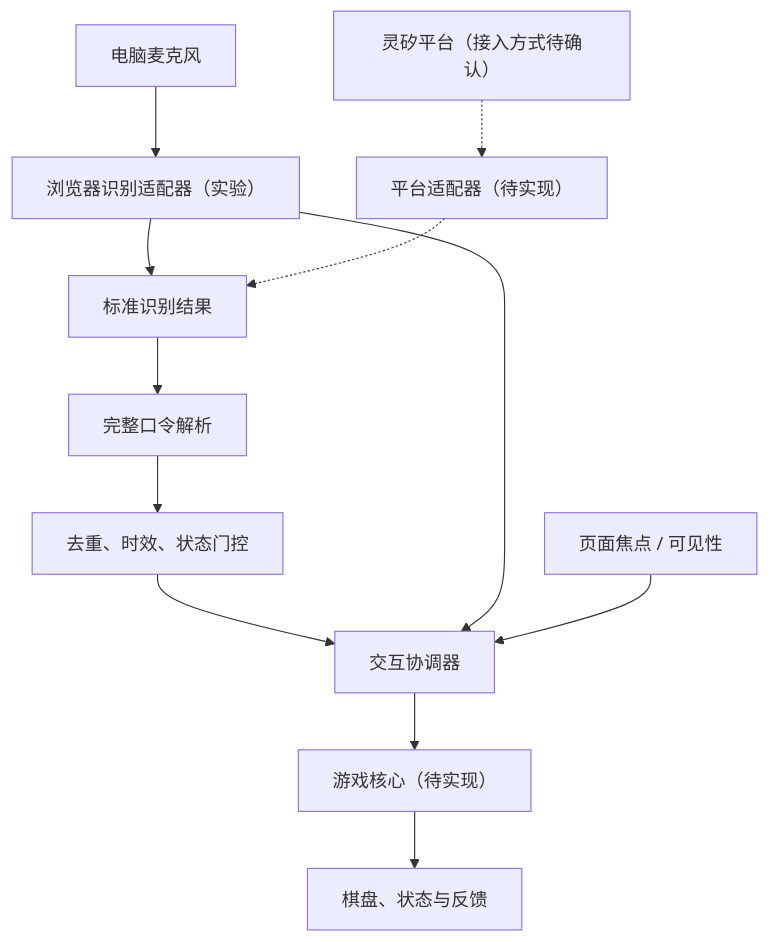
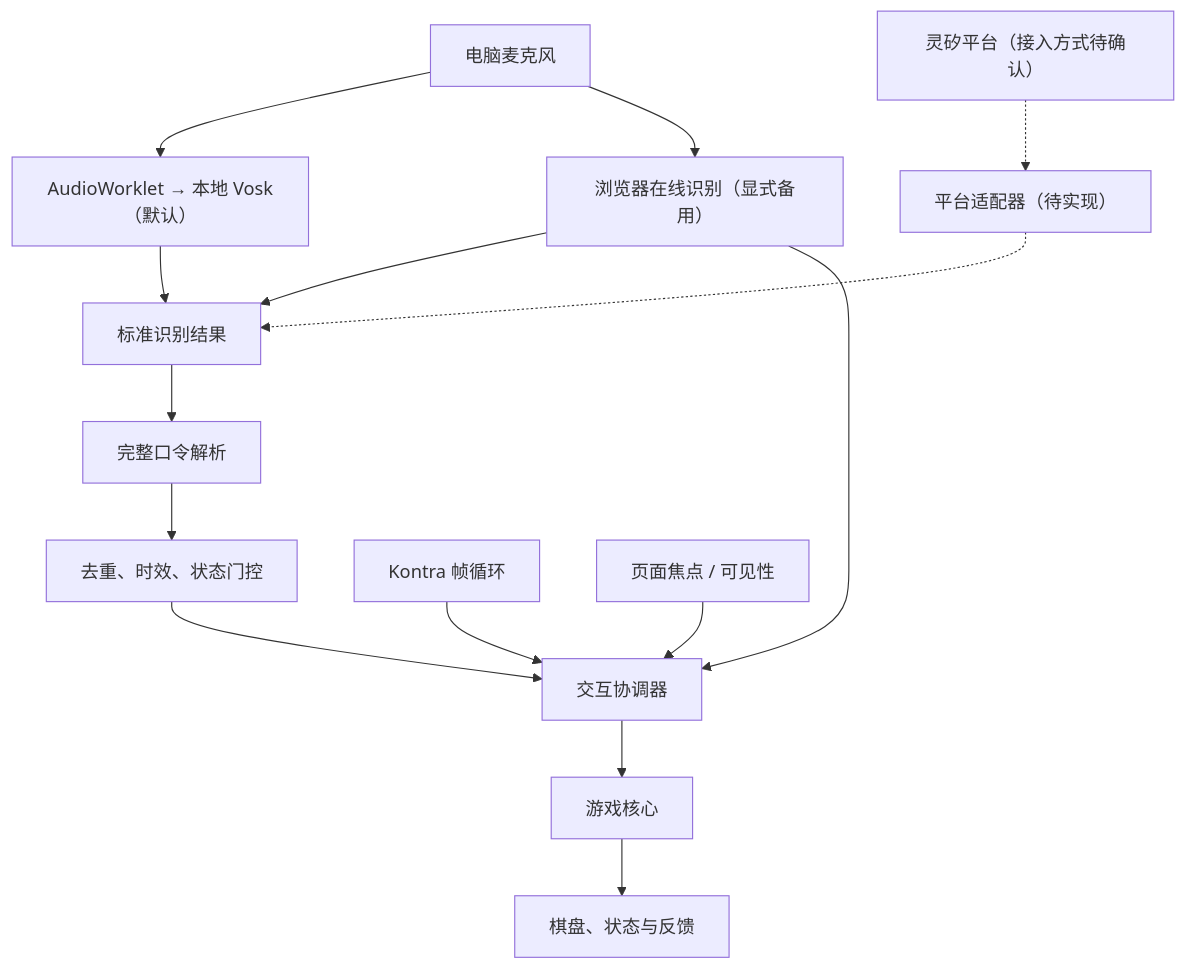
One commit to kingqn0321/voice-snake changed the first of 3 diagrams in docs/architecture.md. Above: the diagram before and after it, drawn with Mermaid. The commit also changed other lines of this file and 28 other files, not shown here.

````diff
--- a/docs/architecture.md
+++ b/docs/architecture.md
@@ -9,14 +9,17 @@
 ```mermaid
 flowchart TD
-  Mic["电脑麦克风"] --> Browser["浏览器识别适配器（实验）"]
+  Mic["电脑麦克风"] --> Local["AudioWorklet → 本地 Vosk（默认）"]
+  Mic --> Browser["浏览器在线识别（显式备用）"]
   Linxi["灵矽平台（接入方式待确认）"] -.-> Adapter["平台适配器（待实现）"]
   Browser --> Input["标准识别结果"]
+  Local --> Input
   Adapter -.-> Input
   Input --> Parser["完整口令解析"]
   Parser --> Gate["去重、时效、状态门控"]
   Gate --> Coordinator["交互协调器"]
-  Coordinator --> Game["游戏核心（待实现）"]
+  Coordinator --> Game["游戏核心"]
+  Loop["Kontra 帧循环"] --> Coordinator
   Game --> View["棋盘、状态与反馈"]
   Browser --> Coordinator
   Focus["页面焦点 / 可见性"] --> Coordinator
 ```
````
